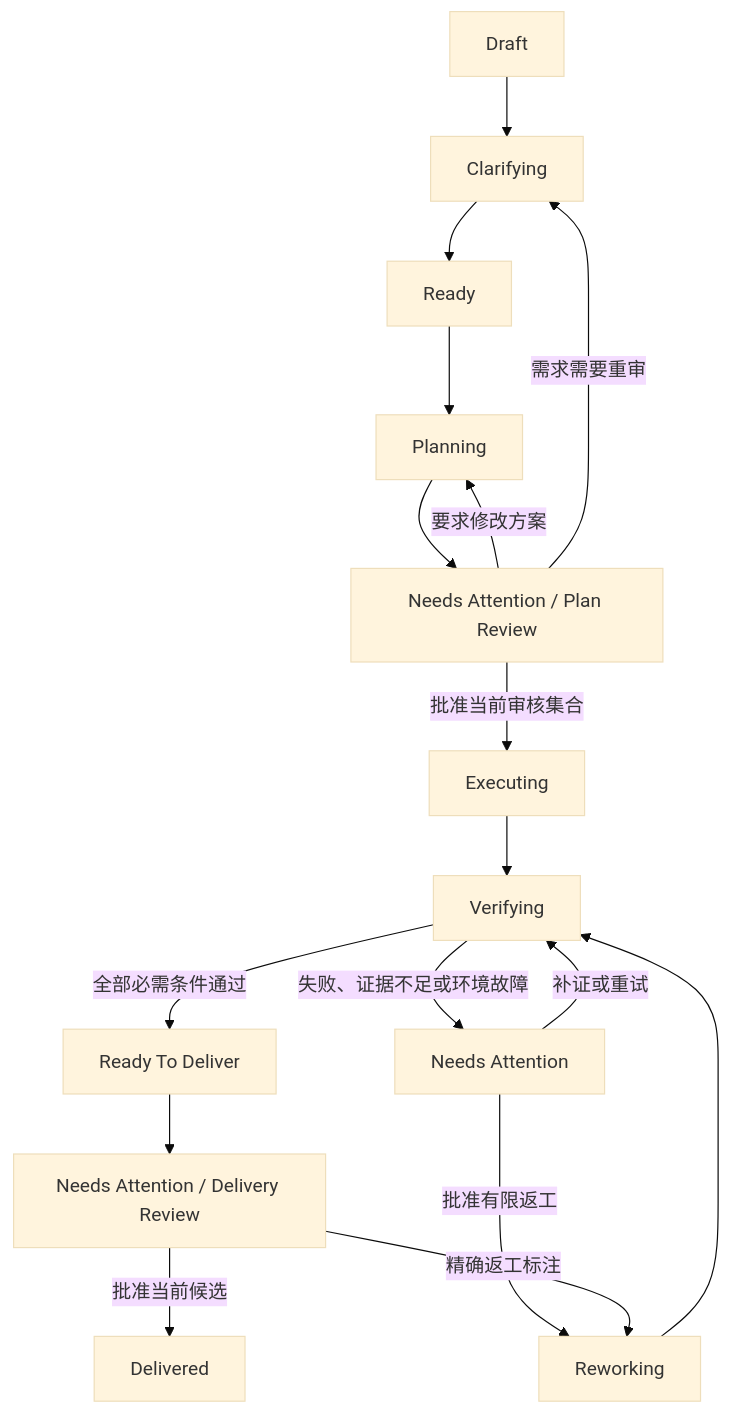
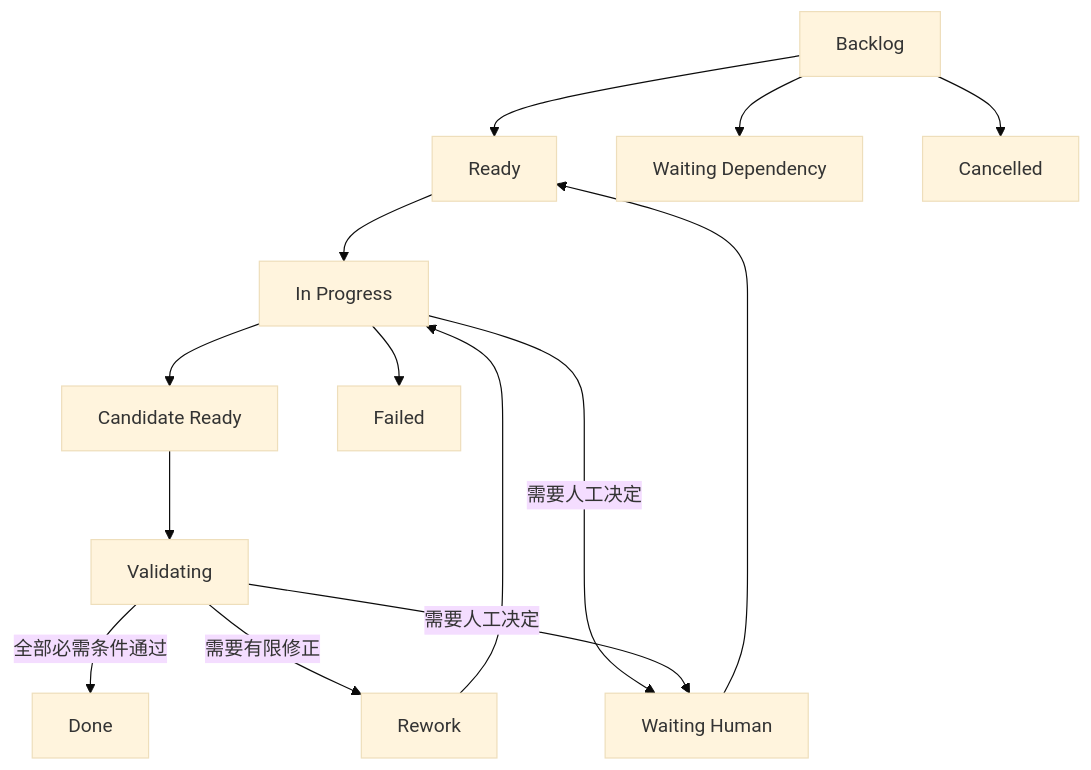
The second of 2 diagrams in docs/architecture.md (changw98ic/winwincode), drawn with Mermaid (base theme) before and after one commit. The commit also changed other lines of this file and 475 other files, not shown here.

````diff
--- a/docs/architecture.md
+++ b/docs/architecture.md
@@ -129,17 +126,15 @@
 ```mermaid
 flowchart TD
-  Draft[Draft] --> Clarifying[Clarifying]
-  Clarifying --> Ready[Ready] --> Planning[Planning]
-  Planning --> PlanReview[Needs Attention / Plan Review]
-  PlanReview -->|批准当前审核集合| Executing[Executing]
-  PlanReview -->|要求修改方案| Planning
-  PlanReview -->|需求需要重审| Clarifying
-  Executing --> Verifying[Verifying]
-  Verifying -->|全部必需条件通过| ReadyToDeliver[Ready To Deliver]
-  Verifying -->|失败、证据不足或环境故障| Attention[Needs Attention]
-  Attention -->|补证或重试| Verifying
-  Attention -->|批准有限返工| Reworking[Reworking] --> Verifying
-  ReadyToDeliver --> Review[Needs Attention / Delivery Review]
-  Review -->|批准当前候选| Delivered[Delivered]
-  Review -->|精确返工标注| Reworking
+  Backlog[Backlog] --> Ready[Ready]
+  Backlog --> WaitingDependency[Waiting Dependency]
+  Ready --> InProgress[In Progress]
+  InProgress --> CandidateReady[Candidate Ready]
+  CandidateReady --> Validating[Validating]
+  Validating -->|全部必需条件通过| Done[Done]
+  Validating -->|需要有限修正| Rework[Rework] --> InProgress
+  InProgress -->|需要人工决定| WaitingHuman[Waiting Human]
+  Validating -->|需要人工决定| WaitingHuman
+  WaitingHuman --> Ready
+  InProgress --> Failed[Failed]
+  Backlog --> Cancelled[Cancelled]
 ```
````
